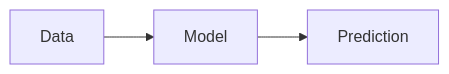
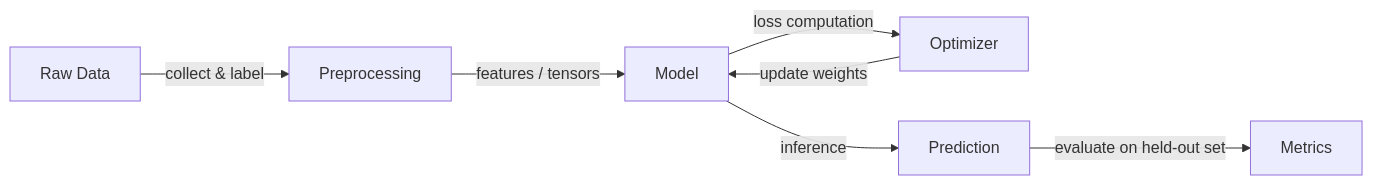
One commit to EmersonBraun/ai-summary-hub changed the diagram in docs/fundamentals/index.md. Above: the diagram before and after it, drawn with Mermaid. The commit also changed other lines of this file and 77 other files, not shown here.

````diff
--- a/docs/fundamentals/index.md
+++ b/docs/fundamentals/index.md
@@ -19,5 +21,9 @@
 ```mermaid
 flowchart LR
-  Data[Data] --> Model[Model]
-  Model --> Prediction[Prediction]
+  Data[Raw Data] -->|collect & label| Preprocess[Preprocessing]
+  Preprocess -->|features / tensors| Model[Model]
+  Model -->|loss computation| Optimizer[Optimizer]
+  Optimizer -->|update weights| Model
+  Model -->|inference| Prediction[Prediction]
+  Prediction -->|evaluate on held-out set| Metrics[Metrics]
 ```
````
